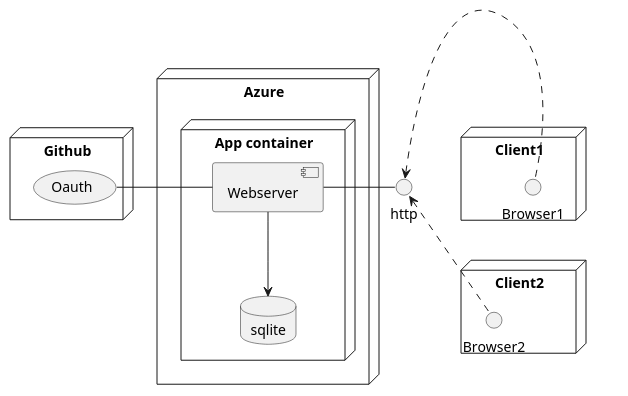
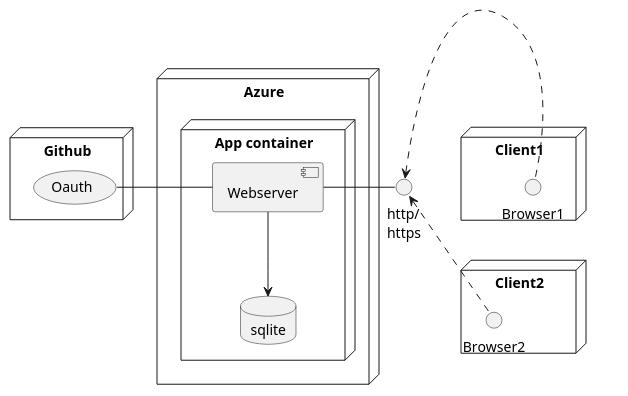
The diagram in docs/diagrams/deployed-architecture.pu (ITU-BDSA2024-GROUP17/Chirp), drawn with PlantUML before and after one commit. The commit also changed 3 other files, not shown here.

```diff
--- a/docs/diagrams/deployed-architecture.pu
+++ b/docs/diagrams/deployed-architecture.pu
@@ -1,31 +1,31 @@
 @startuml
 skinparam package<<Layout>> {
   borderColor Transparent
   backgroundColor Transparent
   fontColor Transparent
   stereotypeFontColor Transparent
 }
 node "Github" {
     (Oauth)
 }
 node "Azure" {
     node "App container" {
         database sqlite
         Oauth - [Webserver]
         Webserver --> sqlite
     }
 }
 package layout1 <<layout>> {
     node "Client1" {
         () Browser1
     }
     node "Client2" {
         () Browser2
     }
 }
 Client1 -[Hidden]-> Client2
-() http
+() "http/\nhttps" as http
 http <. Browser1
 http <. Browser2
 Webserver - http
 @enduml
```
